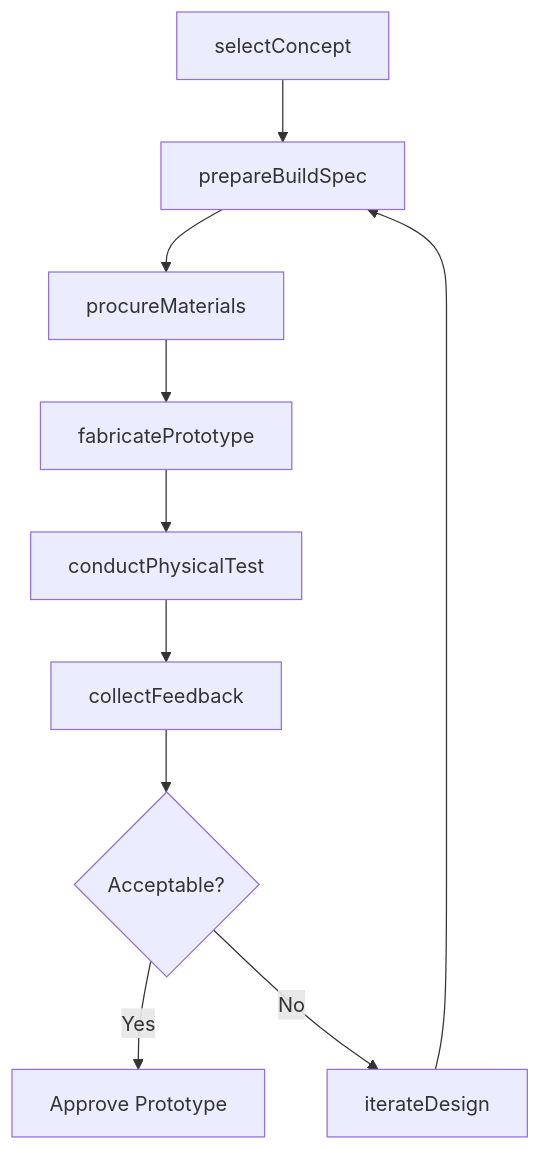
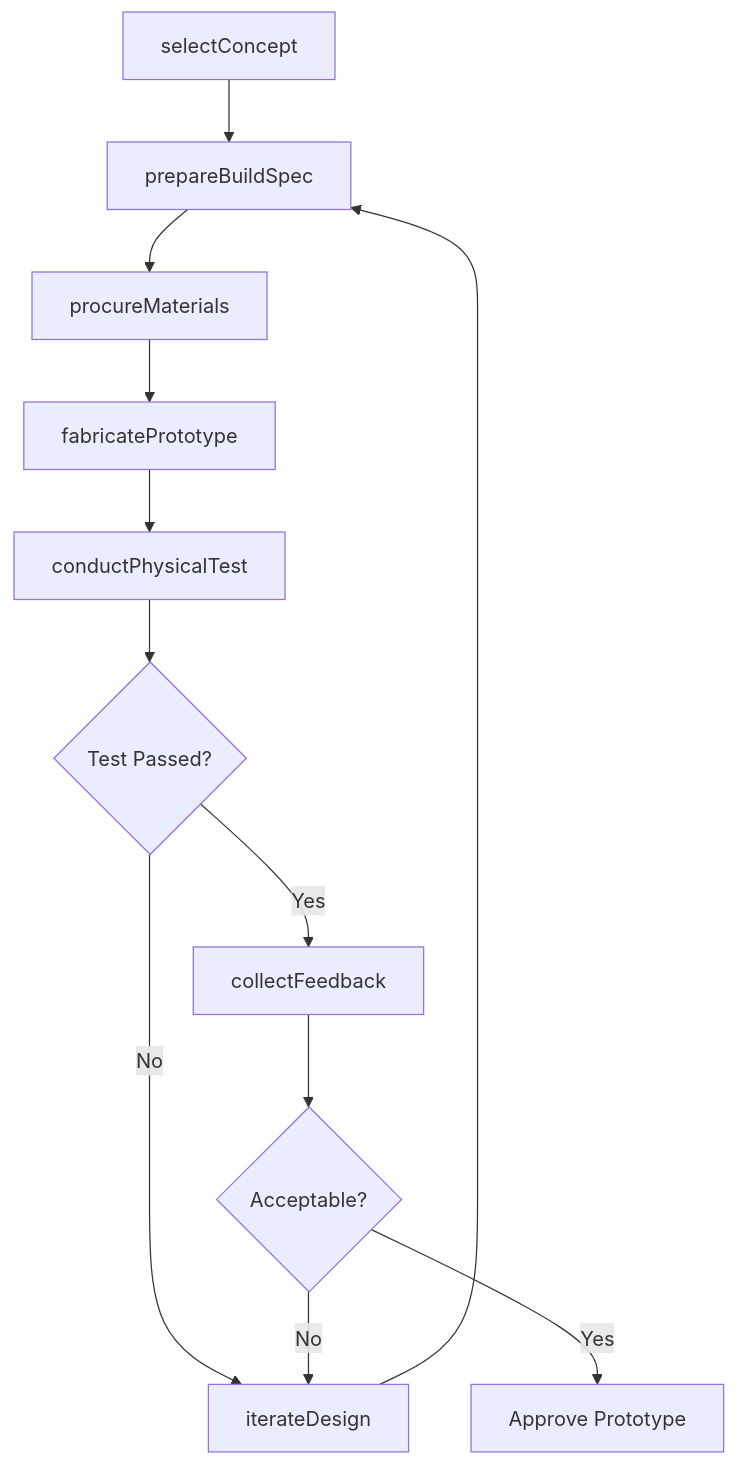
Before and after one commit to dot-org-ai/tasks.org.ai: the third of 4 diagrams in ThinkingCreatively/DevelopModelsOfSystemsProcessesOrProducts/CreatePhysicalModelsPrototypes.mdx, drawn with Mermaid. The commit also changed other lines of this file and 504 other files, not shown here.

First line of the commit message:
feat: Add ER diagrams, state diagrams, and workflow improvements to 96 DWA task files

````diff
--- a/ThinkingCreatively/DevelopModelsOfSystemsProcessesOrProducts/CreatePhysicalModelsPrototypes.mdx
+++ b/ThinkingCreatively/DevelopModelsOfSystemsProcessesOrProducts/CreatePhysicalModelsPrototypes.mdx
@@ -86,12 +114,14 @@
 ```mermaid
 graph TD
     A[selectConcept] --> B[prepareBuildSpec]
     B --> C[procureMaterials]
     C --> D[fabricatePrototype]
     D --> E[conductPhysicalTest]
-    E --> F[collectFeedback]
-    F --> G{Acceptable?}
-    G -->|Yes| H[Approve Prototype]
-    G -->|No| I[iterateDesign]
-    I --> B
+    E --> F{Test Passed?}
+    F -->|No| G[iterateDesign]
+    G --> B
+    F -->|Yes| H[collectFeedback]
+    H --> I{Acceptable?}
+    I -->|No| G
+    I -->|Yes| J[Approve Prototype]
 ```
````
